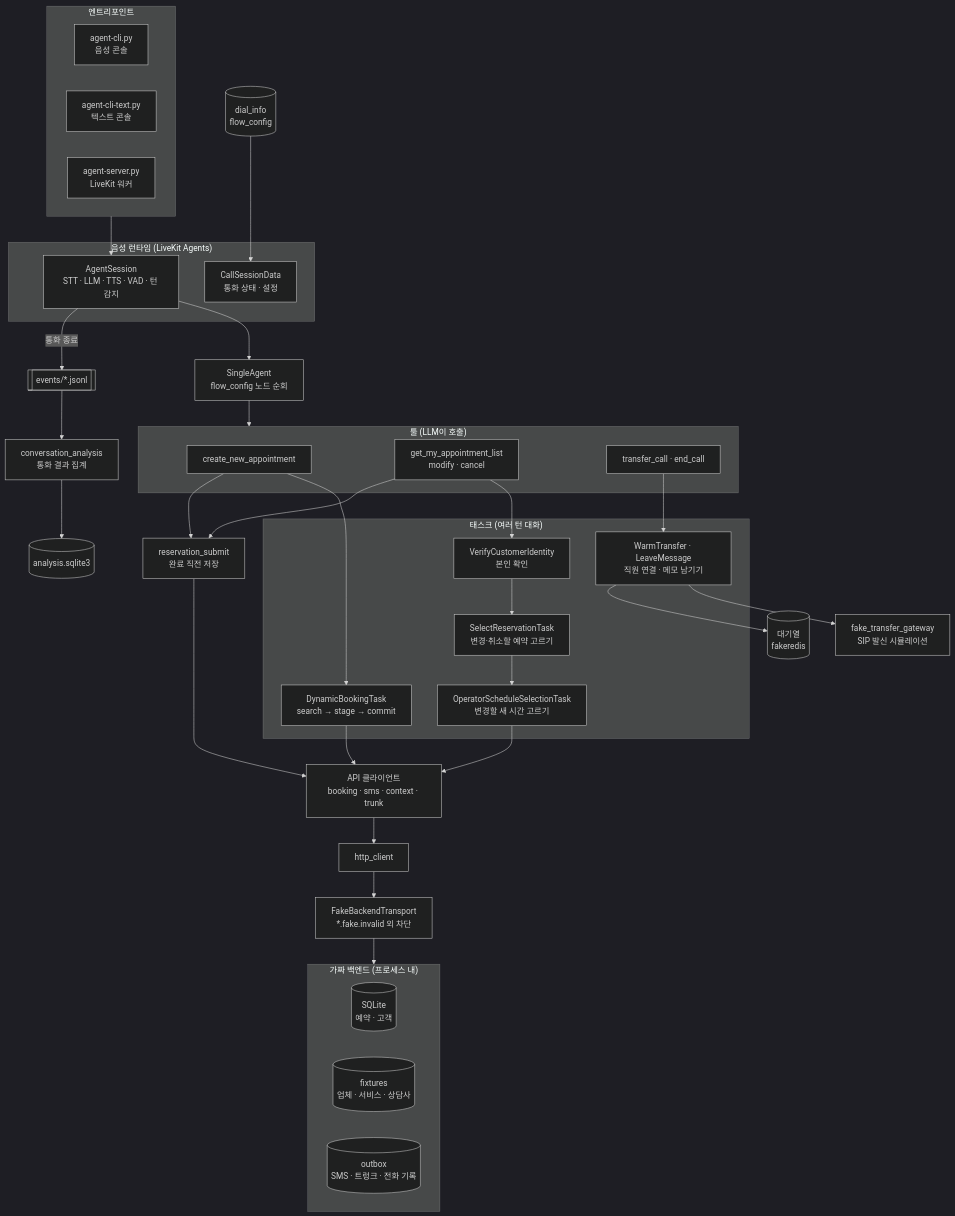
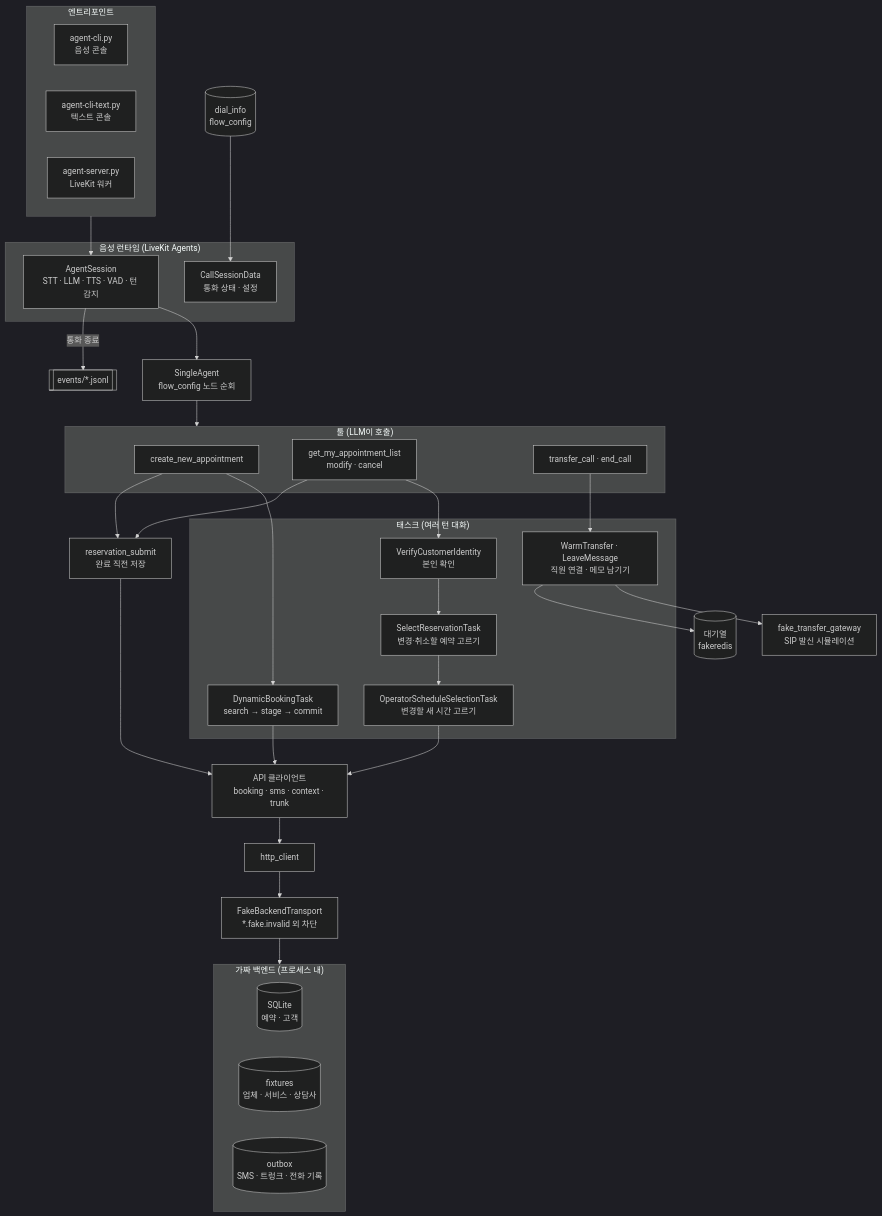
The first of 3 diagrams in README.md (kofsitho87/service-center-voice-agent), drawn with Mermaid (dark theme) before and after one commit. The commit also changed other lines of this file and 38 other files, not shown here.

````diff
--- a/README.md
+++ b/README.md
@@ -16,57 +23,55 @@
 ```mermaid
 flowchart TD
     subgraph ENTRY["엔트리포인트"]
         CLI["agent-cli.py<br/>음성 콘솔"]
         TXT["agent-cli-text.py<br/>텍스트 콘솔"]
         SRV["agent-server.py<br/>LiveKit 워커"]
     end
 
     subgraph RUNTIME["음성 런타임 (LiveKit Agents)"]
         SESSION["AgentSession<br/>STT · LLM · TTS · VAD · 턴 감지"]
         DATA["CallSessionData<br/>통화 상태 · 설정"]
     end
 
     DIAL[("dial_info<br/>flow_config")] --> DATA
     ENTRY --> SESSION
     SESSION --> AGENT
 
     AGENT["SingleAgent<br/>flow_config 노드 순회"]
     AGENT --> TOOLS
 
     subgraph TOOLS["툴 (LLM이 호출)"]
         T1["create_new_appointment"]
         T2["get_my_appointment_list<br/>modify · cancel"]
         T3["transfer_call · end_call"]
     end
 
     subgraph TASKS["태스크 (여러 턴 대화)"]
         K1["DynamicBookingTask<br/>search → stage → commit"]
         K2["SelectReservationTask<br/>변경·취소할 예약 고르기"]
         K2b["OperatorScheduleSelectionTask<br/>변경할 새 시간 고르기"]
         K3["WarmTransfer · LeaveMessage<br/>직원 연결 · 메모 남기기"]
         K4["VerifyCustomerIdentity<br/>본인 확인"]
     end
 
     T1 --> K1
     T2 --> K4 --> K2 --> K2b
     T3 --> K3
 
     T1 & T2 --> SUBMIT["reservation_submit<br/>완료 직전 저장"]
     K1 & K2b & SUBMIT --> CLIENTS["API 클라이언트<br/>booking · sms · context · trunk"]
     CLIENTS --> HTTP["http_client"]
     HTTP --> FAKE["FakeBackendTransport<br/>*.fake.invalid 외 차단"]
 
     subgraph BACKEND["가짜 백엔드 (프로세스 내)"]
         DB[("SQLite<br/>예약 · 고객")]
         FIX[("fixtures<br/>업체 · 서비스 · 상담사")]
         OUT[("outbox<br/>SMS · 트렁크 · 전화 기록")]
     end
 
     FAKE --> BACKEND
     K3 --> GW["fake_transfer_gateway<br/>SIP 발신 시뮬레이션"]
     K3 --> Q[("대기열<br/>fakeredis")]
 
     SESSION -- "통화 종료" --> EV[["events/*.jsonl"]]
-    EV --> ANALYSIS["conversation_analysis<br/>통화 결과 집계"]
-    ANALYSIS --> ADB[("analysis.sqlite3")]
 ```
````
